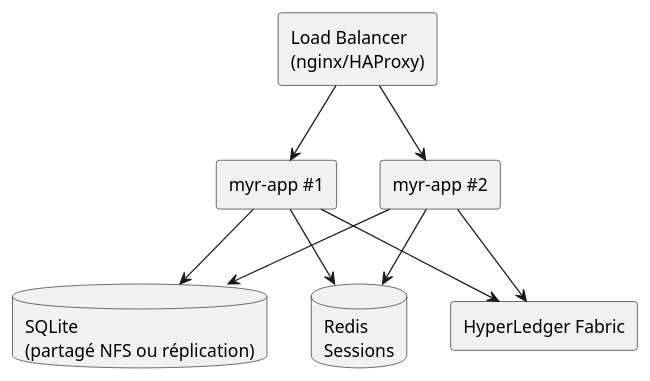
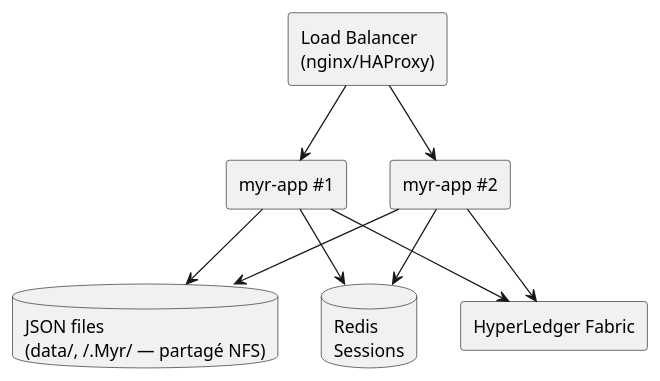
Before and after one commit to olivaux/myr: the third of 3 diagrams in specs/3-Conception/Deploiement.md, drawn with PlantUML. The commit also changed other lines of this file and 17 other files, not shown here.

````diff
--- a/specs/3-Conception/Deploiement.md
+++ b/specs/3-Conception/Deploiement.md
@@ -177,21 +168,21 @@
 ```plantuml
 @startuml
 skinparam componentStyle rectangle
 
 [Load Balancer\n(nginx/HAProxy)] as LB
 [myr-app #1] as A1
 [myr-app #2] as A2
-database "SQLite\n(partagé NFS ou réplication)" as DB
+database "JSON files\n(data/, ~/.Myr/ — partagé NFS)" as DB
 database "Redis\nSessions" as Redis
 [HyperLedger Fabric] as Fabric
 
 LB --> A1
 LB --> A2
 A1 --> DB
 A2 --> DB
 A1 --> Redis
 A2 --> Redis
 A1 --> Fabric
 A2 --> Fabric
 @enduml
 ```
````
